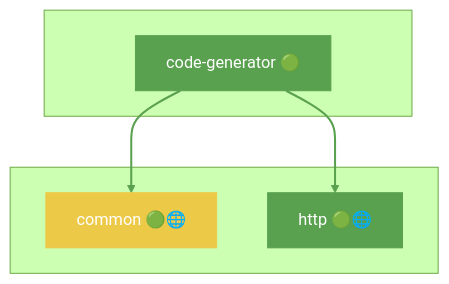
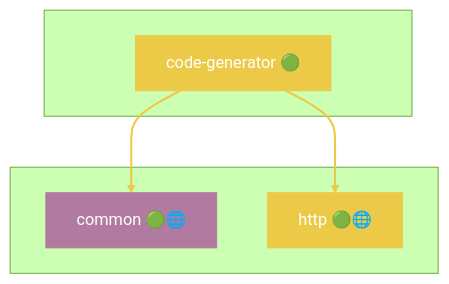
Before and after one commit to grest-ts/grest-ts: the seventh of 48 diagrams in docs/DEPENDENCIES.md, drawn with Mermaid (forest theme). The commit also changed other lines of this file and 62 other files, not shown here.

````diff
--- a/docs/DEPENDENCIES.md
+++ b/docs/DEPENDENCIES.md
@@ -551,17 +583,17 @@
 ```mermaid
 flowchart TB
     subgraph Package[" "]
         code-generator["code-generator 🟢"]
     end
     subgraph Dependencies[" "]
         common["common 🟢🌐"]
         http["http 🟢🌐"]
     end
     code-generator --> common
     code-generator --> http
-    style code-generator fill:#59A14F,stroke:#59A14F,color:#fff
-    style common fill:#EDC948,stroke:#EDC948,color:#fff
-    style http fill:#59A14F,stroke:#59A14F,color:#fff
-    linkStyle 0 stroke:#59A14F,stroke-width:2px
-    linkStyle 1 stroke:#59A14F,stroke-width:2px
+    style code-generator fill:#EDC948,stroke:#EDC948,color:#fff
+    style common fill:#B07AA1,stroke:#B07AA1,color:#fff
+    style http fill:#EDC948,stroke:#EDC948,color:#fff
+    linkStyle 0 stroke:#EDC948,stroke-width:2px
+    linkStyle 1 stroke:#EDC948,stroke-width:2px
 ```
````
